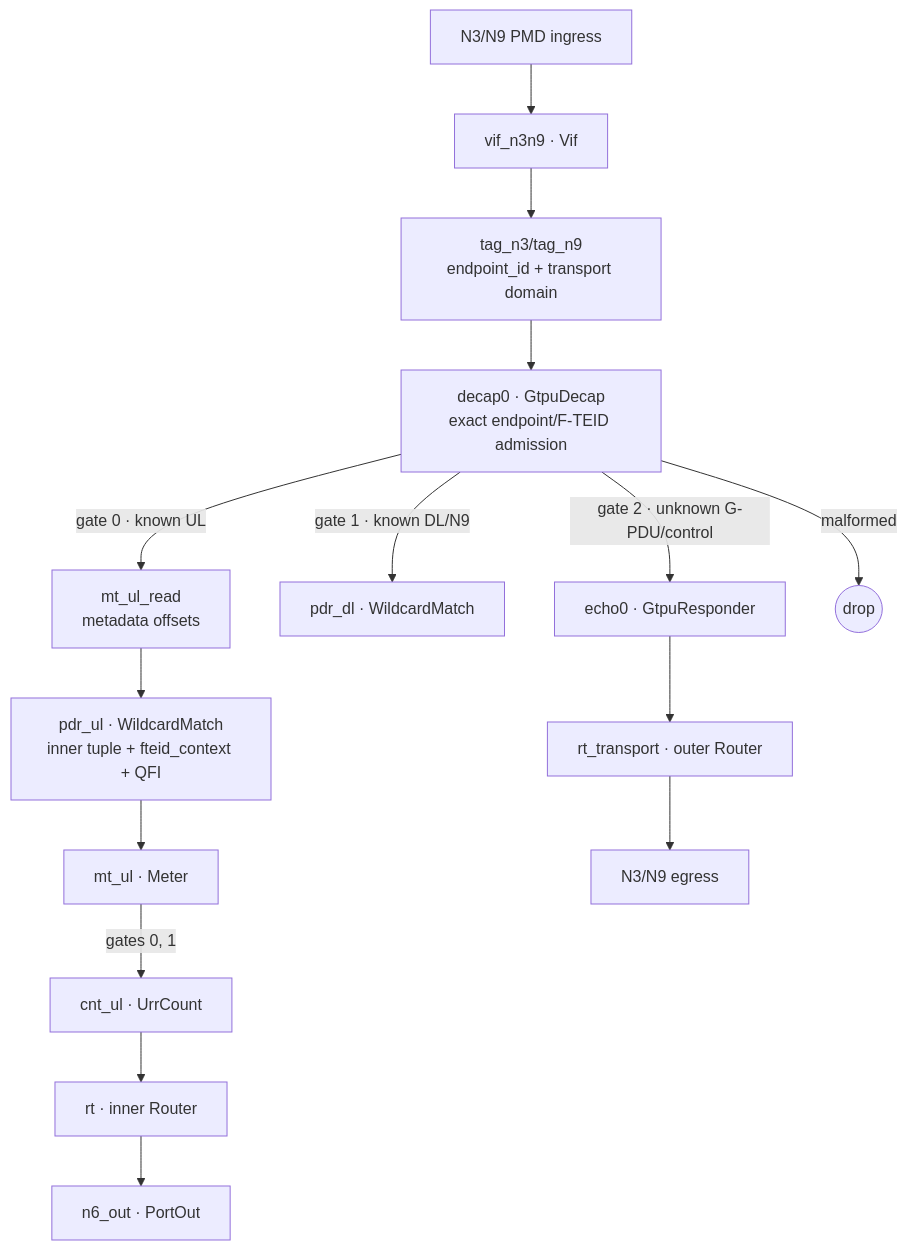
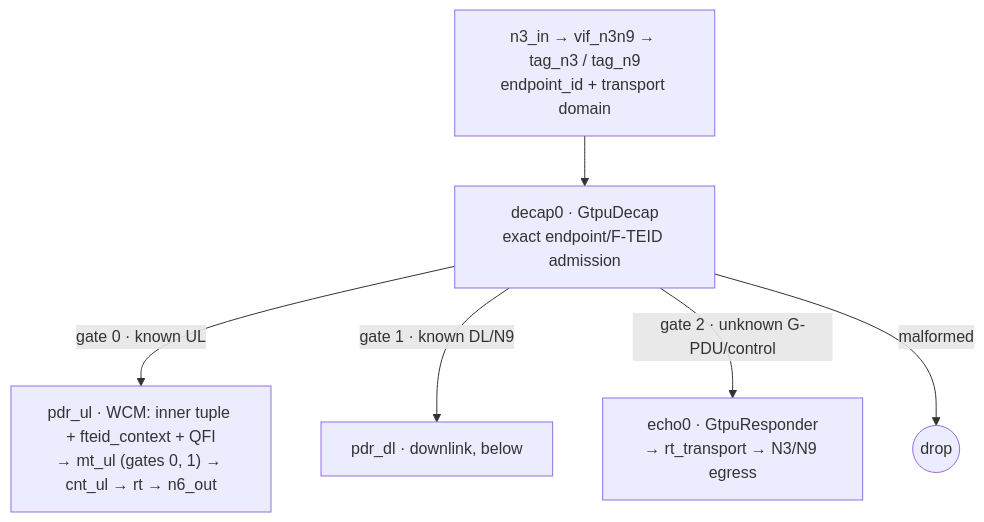
Before and after one commit to krsna1729/upf: the first of 3 diagrams in docs/datapath.md, drawn with Mermaid. The commit also changed other lines of this file, not shown here.

First line of the commit message:
docs: compact the datapath diagrams; show the 5G-VN re-injection and the N6 tag

````diff
--- a/docs/datapath.md
+++ b/docs/datapath.md
@@ -30,17 +30,8 @@
 ```mermaid
 flowchart TB
-    n3["N3/N9 PMD ingress"] --> vif["vif_n3n9 · Vif"]
-    vif --> tags["tag_n3/tag_n9<br/>endpoint_id + transport domain"]
-    tags --> decap["decap0 · GtpuDecap<br/>exact endpoint/F-TEID admission"]
-    decap -->|"gate 0 · known UL"| metadata["mt_ul_read<br/>metadata offsets"]
-    metadata --> pdrul["pdr_ul · WildcardMatch<br/>inner tuple + fteid_context + QFI"]
-    pdrul --> meter["mt_ul · Meter"]
-    meter -->|"gates 0, 1"| count["cnt_ul · UrrCount"]
-    count --> rt["rt · inner Router"]
-    rt --> n6["n6_out · PortOut"]
-    decap -->|"gate 1 · known DL/N9"| pdrdl["pdr_dl · WildcardMatch"]
-    decap -->|"gate 2 · unknown G-PDU/control"| responder["echo0 · GtpuResponder"]
+    in["n3_in → vif_n3n9 → tag_n3 / tag_n9<br/>endpoint_id + transport domain"] --> decap["decap0 · GtpuDecap<br/>exact endpoint/F-TEID admission"]
+    decap -->|"gate 0 · known UL"| ul["pdr_ul · WCM: inner tuple + fteid_context + QFI<br/>→ mt_ul (gates 0, 1) → cnt_ul → rt → n6_out"]
+    decap -->|"gate 1 · known DL/N9"| pdrdl["pdr_dl · downlink, below"]
+    decap -->|"gate 2 · unknown G-PDU/control"| responder["echo0 · GtpuResponder<br/>→ rt_transport → N3/N9 egress"]
     decap -->|"malformed"| drop(("drop"))
-    responder --> transport["rt_transport · outer Router"]
-    transport --> n3out["N3/N9 egress"]
 ```
````
